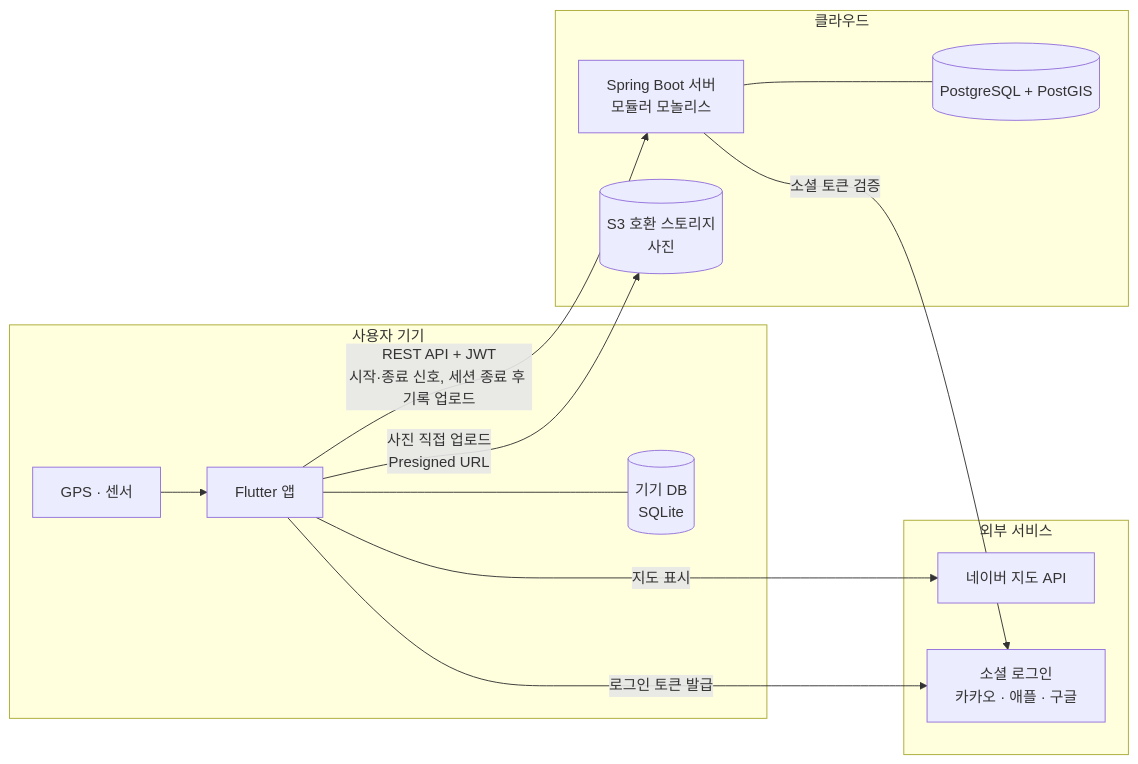
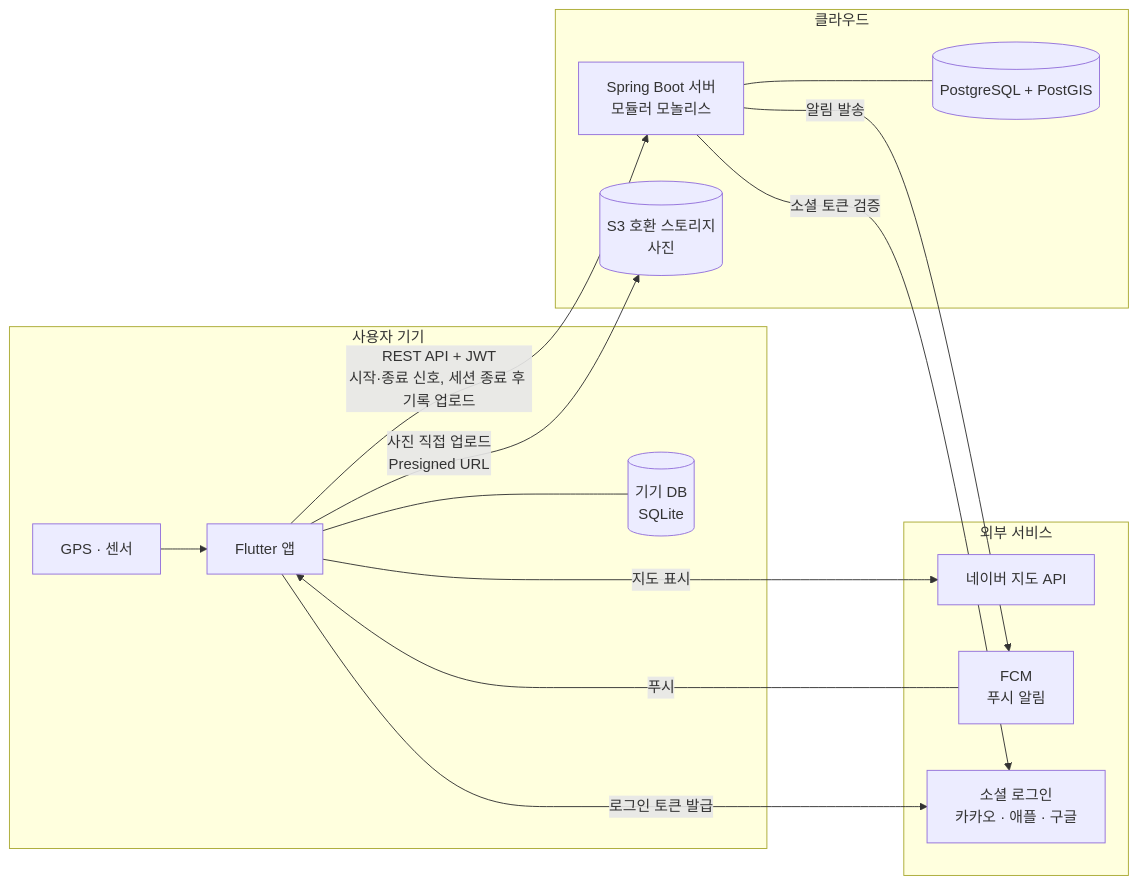
The first of 4 diagrams in 개발 정책 v3.md (SunMoonUniv/WADADAK), drawn with Mermaid before and after one commit. The commit also changed other lines of this file and 2 other files, not shown here.

````diff
--- a/개발 정책 v3.md
+++ b/개발 정책 v3.md
@@ -25,28 +25,31 @@
 ```mermaid
 flowchart LR
     subgraph Device["사용자 기기"]
         App["Flutter 앱"]
         LocalDB[("기기 DB<br/>SQLite")]
         GPS["GPS · 센서"]
         App --- LocalDB
         GPS --> App
     end
 
     subgraph External["외부 서비스"]
         NaverMap["네이버 지도 API"]
+        FCM["FCM<br/>푸시 알림"]
         Social["소셜 로그인<br/>카카오 · 애플 · 구글"]
     end
 
     subgraph Cloud["클라우드"]
         Server["Spring Boot 서버<br/>모듈러 모놀리스"]
         DB[("PostgreSQL + PostGIS")]
         Storage[("S3 호환 스토리지<br/>사진")]
         Server --- DB
     end
 
     App -->|"지도 표시"| NaverMap
     App -->|"로그인 토큰 발급"| Social
     App -->|"REST API + JWT<br/>시작·종료 신호, 세션 종료 후 기록 업로드"| Server
     App -->|"사진 직접 업로드<br/>Presigned URL"| Storage
     Server -->|"소셜 토큰 검증"| Social
+    Server -->|"알림 발송"| FCM
+    FCM -->|"푸시"| App
 ```
````
